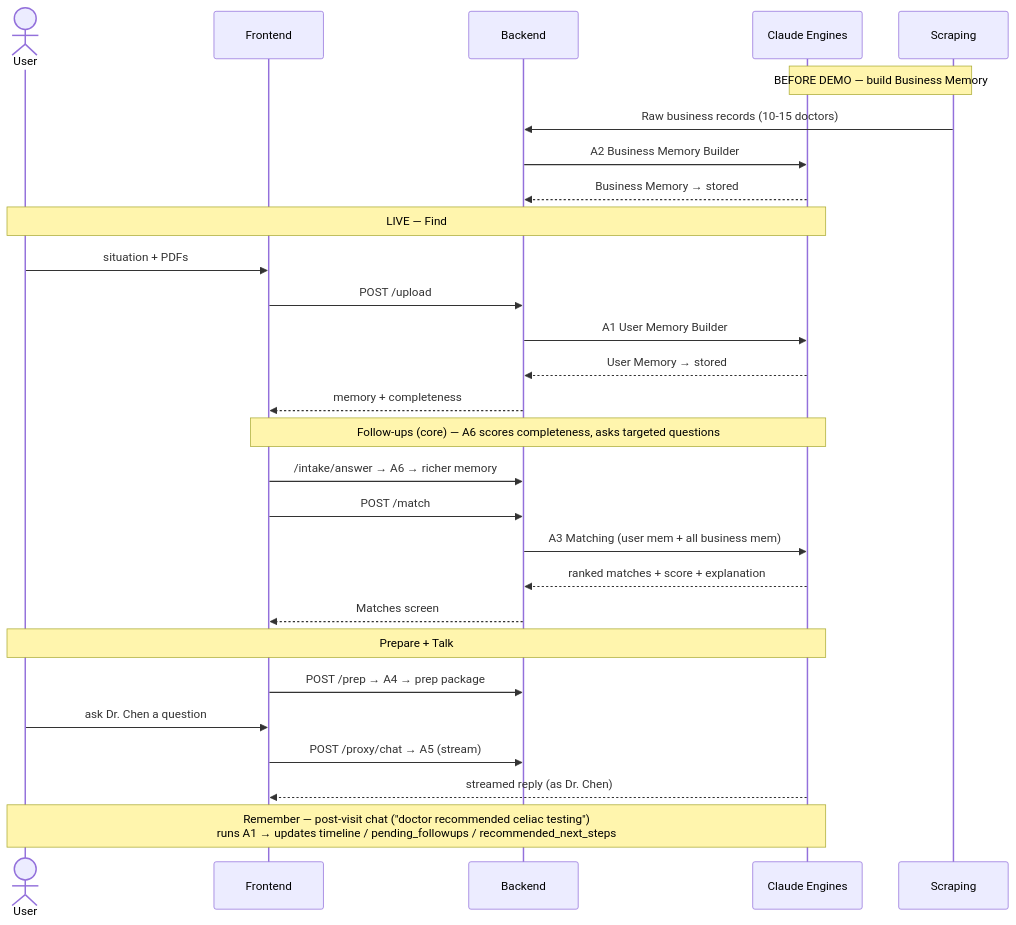
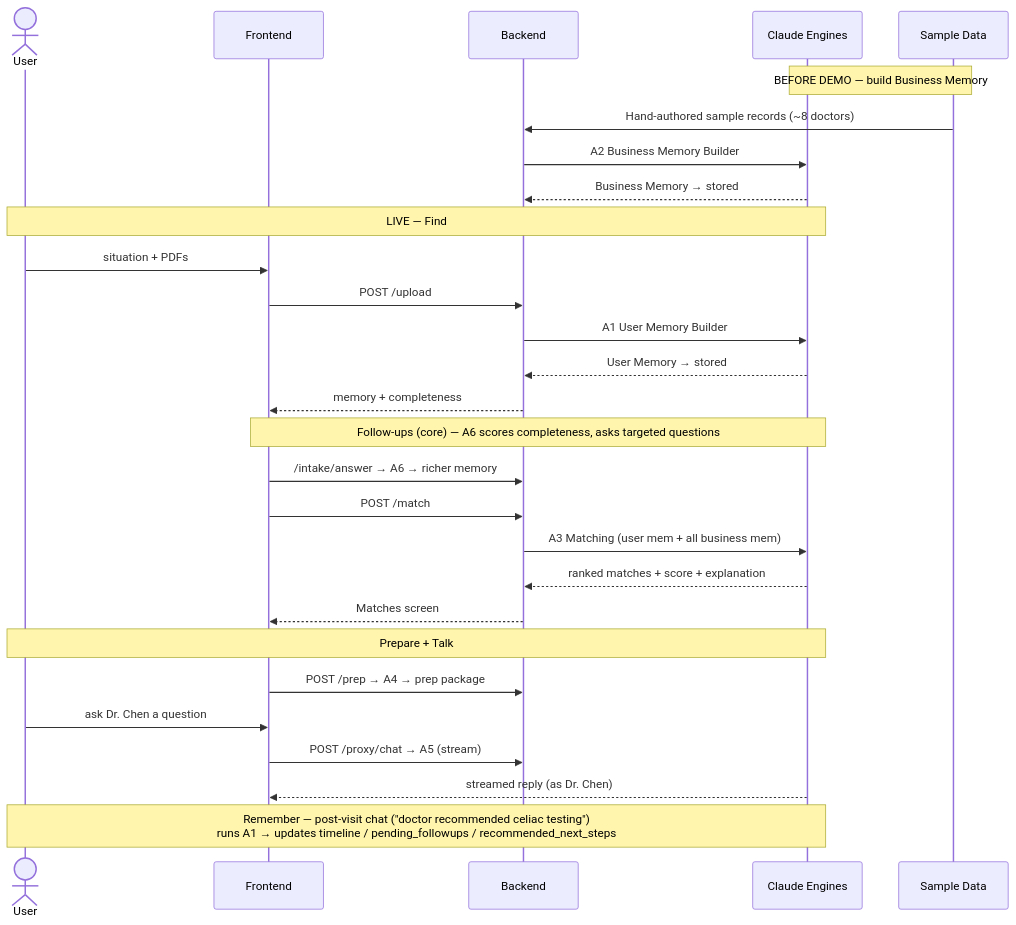
One commit to Jetty-AI/OpenJetty changed the second of 2 diagrams in handover-docs/architecture.md. Above: the diagram before and after it, drawn with Mermaid. The commit also changed other lines of this file and 22 other files, not shown here.

````diff
--- a/handover-docs/architecture.md
+++ b/handover-docs/architecture.md
@@ -220,35 +220,35 @@
 ```mermaid
 sequenceDiagram
     actor U as User
     participant FE as Frontend
     participant BE as Backend
     participant AI as Claude Engines
-    participant SC as Scraping
+    participant SC as Sample Data
 
     Note over SC,AI: BEFORE DEMO — build Business Memory
-    SC->>BE: Raw business records (10-15 doctors)
+    SC->>BE: Hand-authored sample records (~8 doctors)
     BE->>AI: A2 Business Memory Builder
     AI-->>BE: Business Memory → stored
 
     Note over U,AI: LIVE — Find
     U->>FE: situation + PDFs
     FE->>BE: POST /upload
     BE->>AI: A1 User Memory Builder
     AI-->>BE: User Memory → stored
     BE-->>FE: memory + completeness
     Note over FE,AI: Follow-ups (core) — A6 scores completeness, asks targeted questions
     FE->>BE: /intake/answer → A6 → richer memory
 
     FE->>BE: POST /match
     BE->>AI: A3 Matching (user mem + all business mem)
     AI-->>BE: ranked matches + score + explanation
     BE-->>FE: Matches screen
 
     Note over U,AI: Prepare + Talk
     FE->>BE: POST /prep → A4 → prep package
     U->>FE: ask Dr. Chen a question
     FE->>BE: POST /proxy/chat → A5 (stream)
     AI-->>FE: streamed reply (as Dr. Chen)
 
     Note over U,AI: Remember — post-visit chat ("doctor recommended celiac testing")<br/>runs A1 → updates timeline / pending_followups / recommended_next_steps
 ```
````
